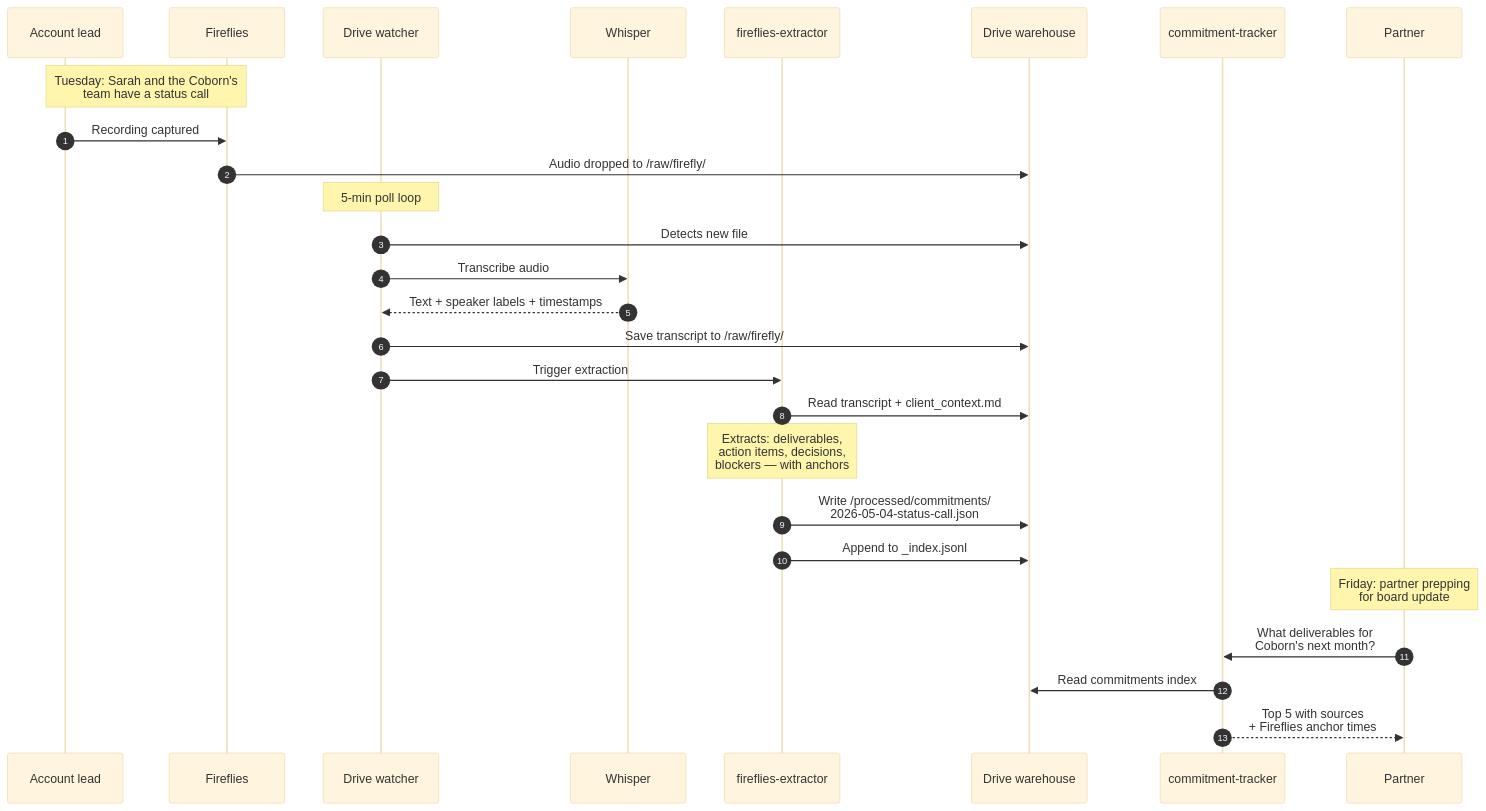
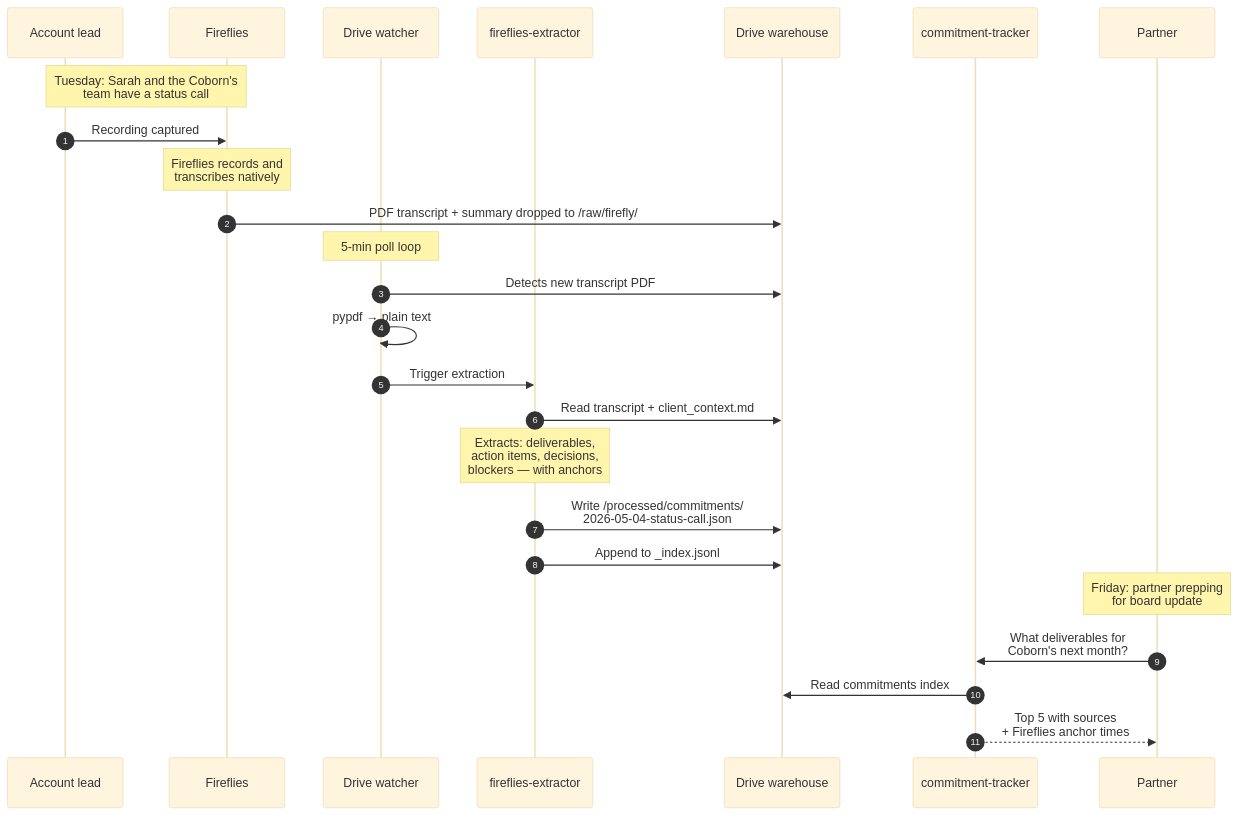
Before and after one commit to JohnRiceML/augurian-ai-operations: the sixth of 8 diagrams in docs/HOW_IT_WORKS.md, drawn with Mermaid (base theme). The commit also changed 11 other files, not shown here.

````diff
--- a/docs/HOW_IT_WORKS.md
+++ b/docs/HOW_IT_WORKS.md
@@ -160,33 +160,30 @@
 ```mermaid
 sequenceDiagram
     autonumber
     participant Sarah as Account lead
     participant FF as Fireflies
     participant Watch as Drive watcher
-    participant Whisper
     participant FE as fireflies-extractor
     participant Drive as Drive warehouse
     participant Augur as commitment-tracker
     participant Partner
 
     Note over Sarah,FF: Tuesday: Sarah and the Coborn's<br/>team have a status call
     Sarah->>FF: Recording captured
-    FF->>Drive: Audio dropped to /raw/firefly/
+    Note over FF: Fireflies records and<br/>transcribes natively
+    FF->>Drive: PDF transcript + summary dropped to /raw/firefly/
 
     Note over Watch: 5-min poll loop
-    Watch->>Drive: Detects new file
-    Watch->>Whisper: Transcribe audio
-    Whisper-->>Watch: Text + speaker labels + timestamps
-    Watch->>Drive: Save transcript to /raw/firefly/
-
+    Watch->>Drive: Detects new transcript PDF
+    Watch->>Watch: pypdf → plain text
     Watch->>FE: Trigger extraction
     FE->>Drive: Read transcript + client_context.md
     Note over FE: Extracts: deliverables,<br/>action items, decisions,<br/>blockers — with anchors
     FE->>Drive: Write /processed/commitments/<br/>2026-05-04-status-call.json
     FE->>Drive: Append to _index.jsonl
 
     Note over Partner: Friday: partner prepping<br/>for board update
     Partner->>Augur: What deliverables for<br/>Coborn's next month?
     Augur->>Drive: Read commitments index
     Augur-->>Partner: Top 5 with sources<br/>+ Fireflies anchor times
 ```
````
